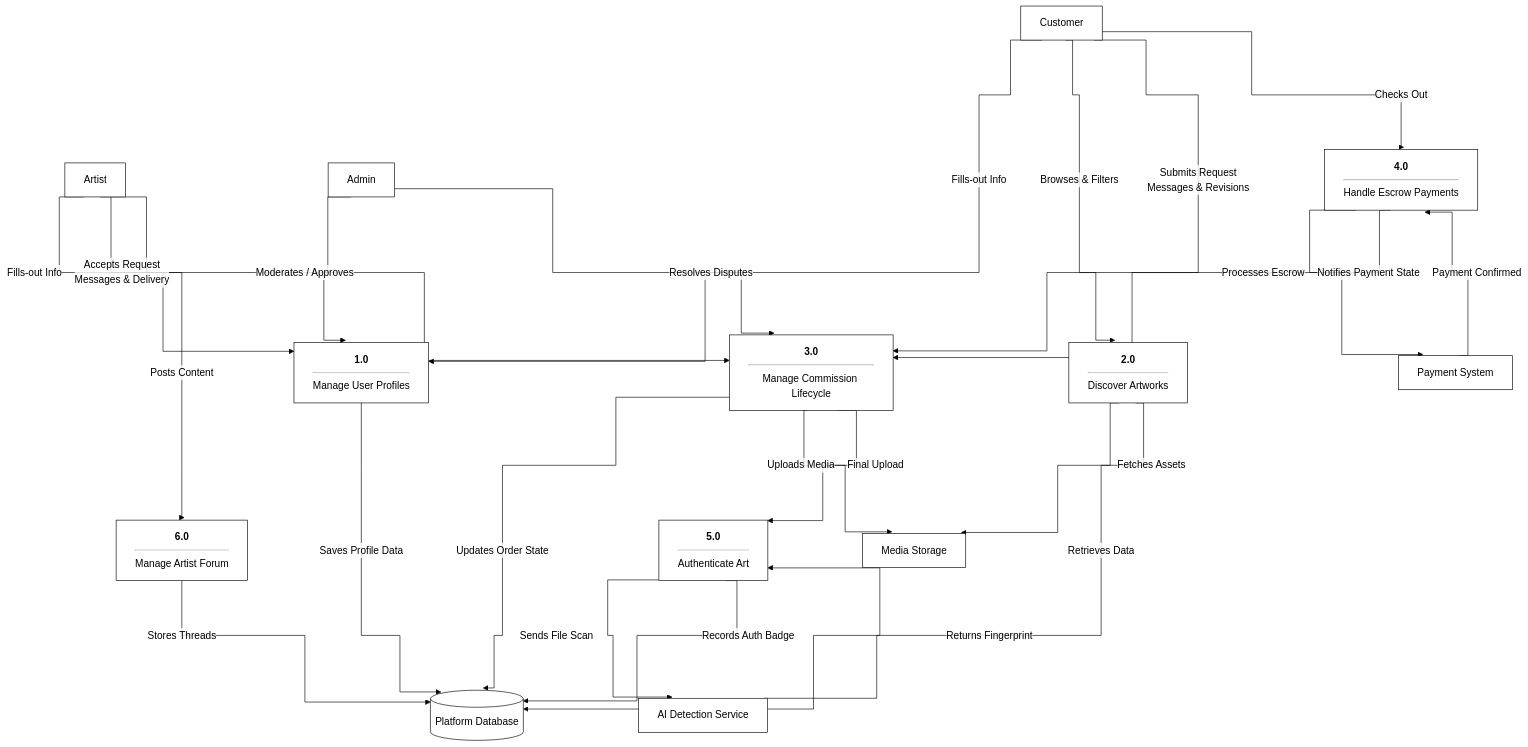
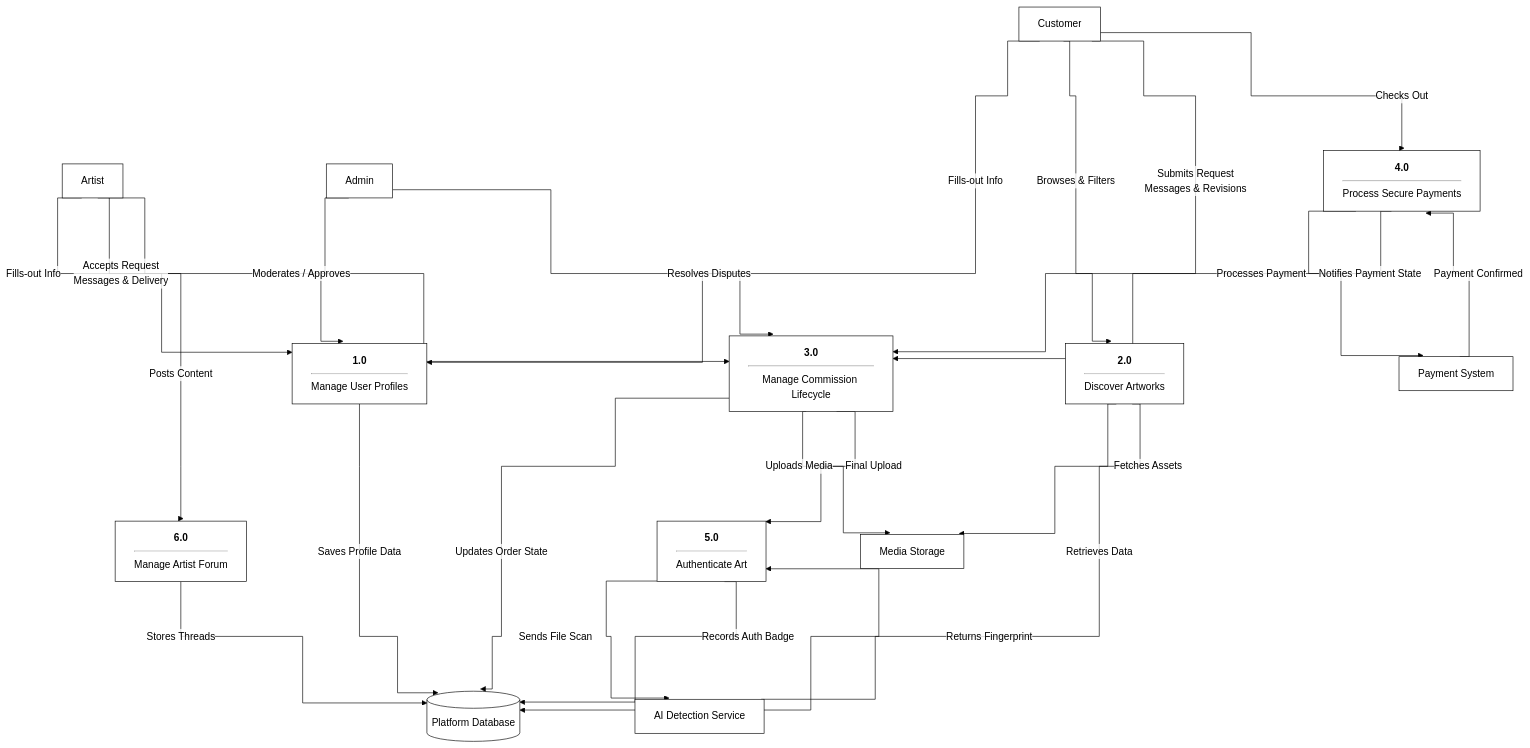
The second of 3 diagrams in README.md (binssente-crypto/DFD), drawn with Mermaid before and after one commit. The commit also changed other lines of this file, not shown here.

Commit message:
Generalize 'Escrow' terms to 'Secure Payment' and 'Hold Funds' across DFDs

````diff
--- a/README.md
+++ b/README.md
@@ -32,54 +32,54 @@
 ```mermaid
 %%{init: { 'flowchart': { 'curve': 'step', 'nodeSpacing': 150, 'rankSpacing': 150 }, 'theme': 'base', 'themeVariables': { 'primaryColor': '#ffffff', 'primaryBorderColor': '#000000', 'primaryTextColor': '#000000', 'lineColor': '#000000', 'background': '#ffffff', 'edgeLabelBackground': 'rgba(255, 255, 255, 0.6)' } }}%%
 graph TD
     %% External Entities
     Customer[Customer]
     Artist[Artist]
     Admin[Admin]
     
     %% Generalized Providers
     Payment[Payment System]
     AI_Auth[AI Detection Service]
     Storage[Media Storage]
     
     %% Database Store
     Database[(Platform Database)]
     
     %% Processes
     P1["<b>1.0</b><hr/>Manage User Profiles"]
     P2["<b>2.0</b><hr/>Discover Artworks"]
     P3["<b>3.0</b><hr/>Manage Commission Lifecycle"]
-    P4["<b>4.0</b><hr/>Handle Escrow Payments"]
+    P4["<b>4.0</b><hr/>Process Secure Payments"]
     P5["<b>5.0</b><hr/>Authenticate Art"]
     P6["<b>6.0</b><hr/>Manage Artist Forum"]
     
     %% Flows
     Customer -- "Fills-out Info" --> P1
     Artist -- "Fills-out Info" --> P1
     P1 -- "Saves Profile Data" --> Database
     
     Customer -- "Browses & Filters" --> P2
     P2 -- "Retrieves Data" --> Database
     P2 -- "Fetches Assets" --> Storage
     
     Customer -- "Submits Request<br/>Messages & Revisions" --> P3
     Artist -- "Accepts Request<br/>Messages & Delivery" --> P3
     P3 -- "Updates Order State" --> Database
     P3 -- "Uploads Media" --> Storage
     
     Customer -- "Checks Out" --> P4
-    P4 -- "Processes Escrow" --> Payment
+    P4 -- "Processes Payment" --> Payment
     Payment -- "Payment Confirmed" --> P4
     P4 -- "Notifies Payment State" --> P3
     
     P3 -- "Final Upload" --> P5
     P5 -- "Sends File Scan" --> AI_Auth
     AI_Auth -- "Returns Fingerprint" --> P5
     P5 -- "Records Auth Badge" --> Database
     
     Artist -- "Posts Content" --> P6
     P6 -- "Stores Threads" --> Database
     
     Admin -- "Moderates / Approves" --> P1
     Admin -- "Resolves Disputes" --> P3
 ```
````
